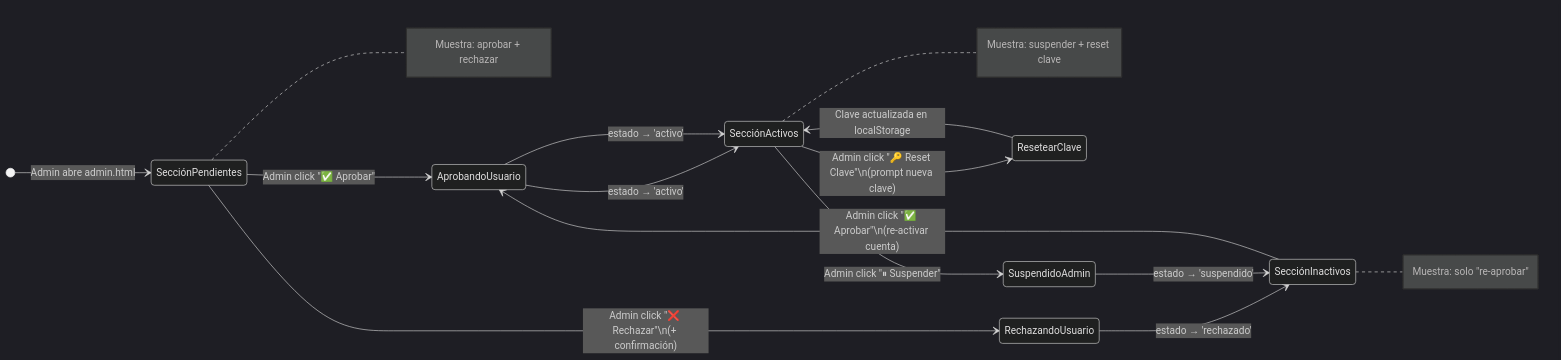
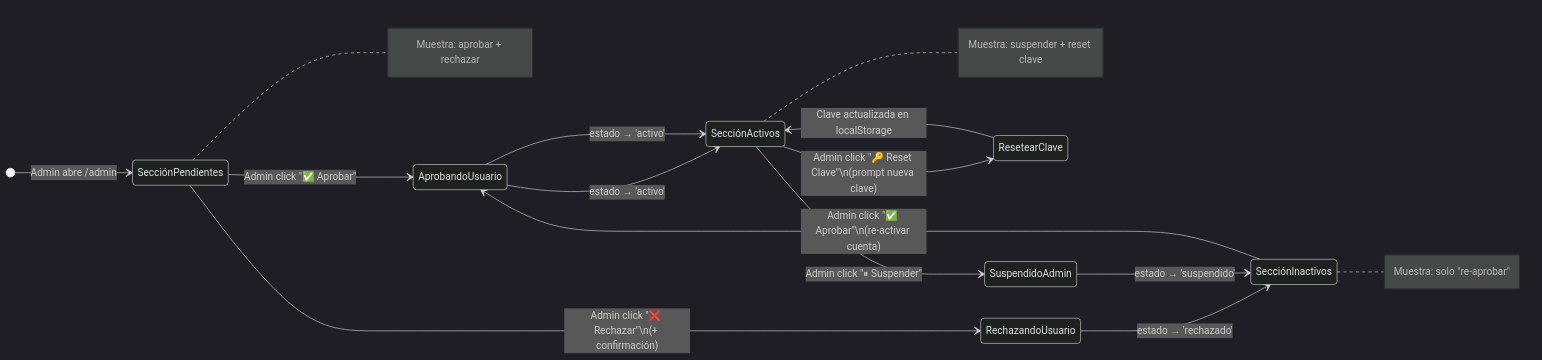
The eighth of 10 diagrams in docs/diagrama_estados.md (AdriP-maker/JAAR_Antigravity), drawn with Mermaid (dark theme) before and after one commit. The commit also changed other lines of this file and 70 other files, not shown here.

````diff
--- a/docs/diagrama_estados.md
+++ b/docs/diagrama_estados.md
@@ -235,30 +235,30 @@
 ```mermaid
 stateDiagram-v2
     direction LR
-    [*] --> SecciónPendientes : Admin abre admin.html
+    [*] --> SecciónPendientes : Admin abre /admin
 
     SecciónPendientes --> AprobandoUsuario  : Admin click "✅ Aprobar"
     SecciónPendientes --> RechazandoUsuario : Admin click "❌ Rechazar"\n(+ confirmación)
 
     AprobandoUsuario  --> SecciónActivos    : estado → 'activo'
     RechazandoUsuario --> SecciónInactivos  : estado → 'rechazado'
 
     SecciónActivos --> SuspendidoAdmin  : Admin click "⏸ Suspender"
     SecciónActivos --> ResetearClave    : Admin click "🔑 Reset Clave"\n(prompt nueva clave)
 
     SuspendidoAdmin --> SecciónInactivos : estado → 'suspendido'
     ResetearClave   --> SecciónActivos   : Clave actualizada en localStorage
 
     SecciónInactivos --> AprobandoUsuario : Admin click "✅ Aprobar"\n(re-activar cuenta)
     AprobandoUsuario --> SecciónActivos   : estado → 'activo'
 
     note right of SecciónActivos
         Muestra: suspender + reset clave
     end note
     note right of SecciónPendientes
         Muestra: aprobar + rechazar
     end note
     note right of SecciónInactivos
         Muestra: solo "re-aprobar"
     end note
 ```
````
